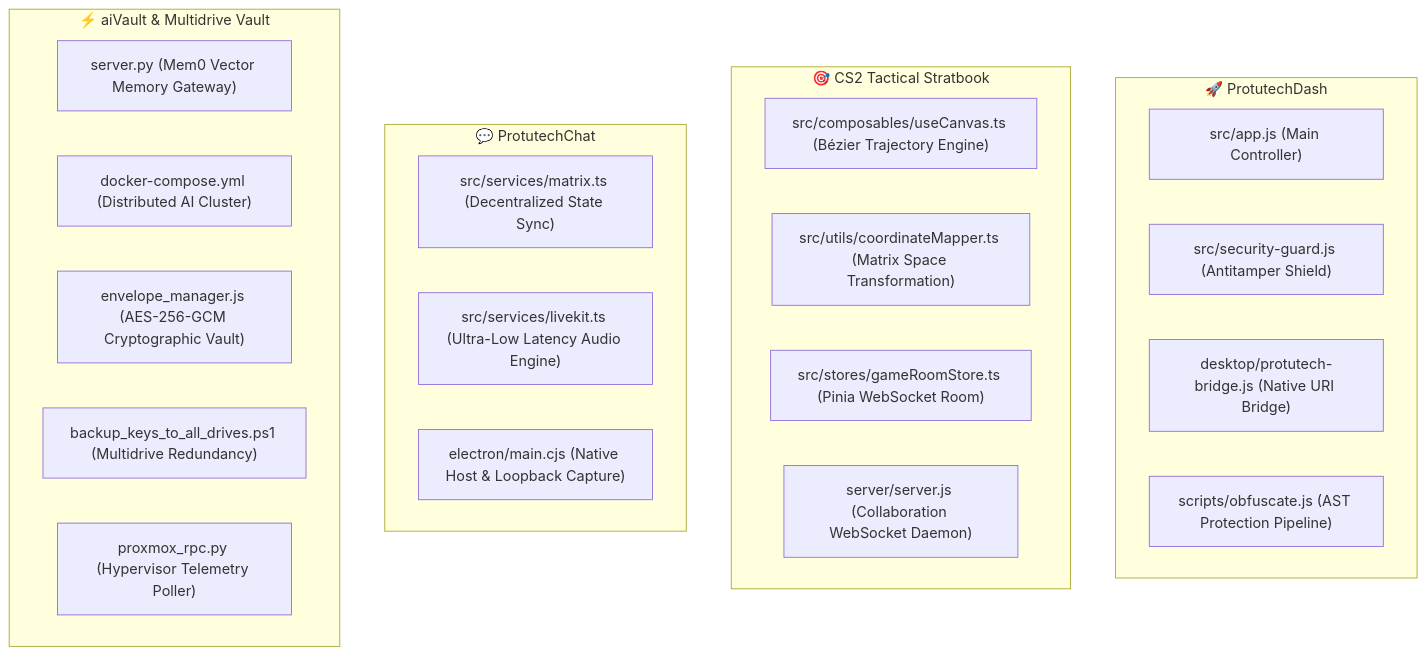
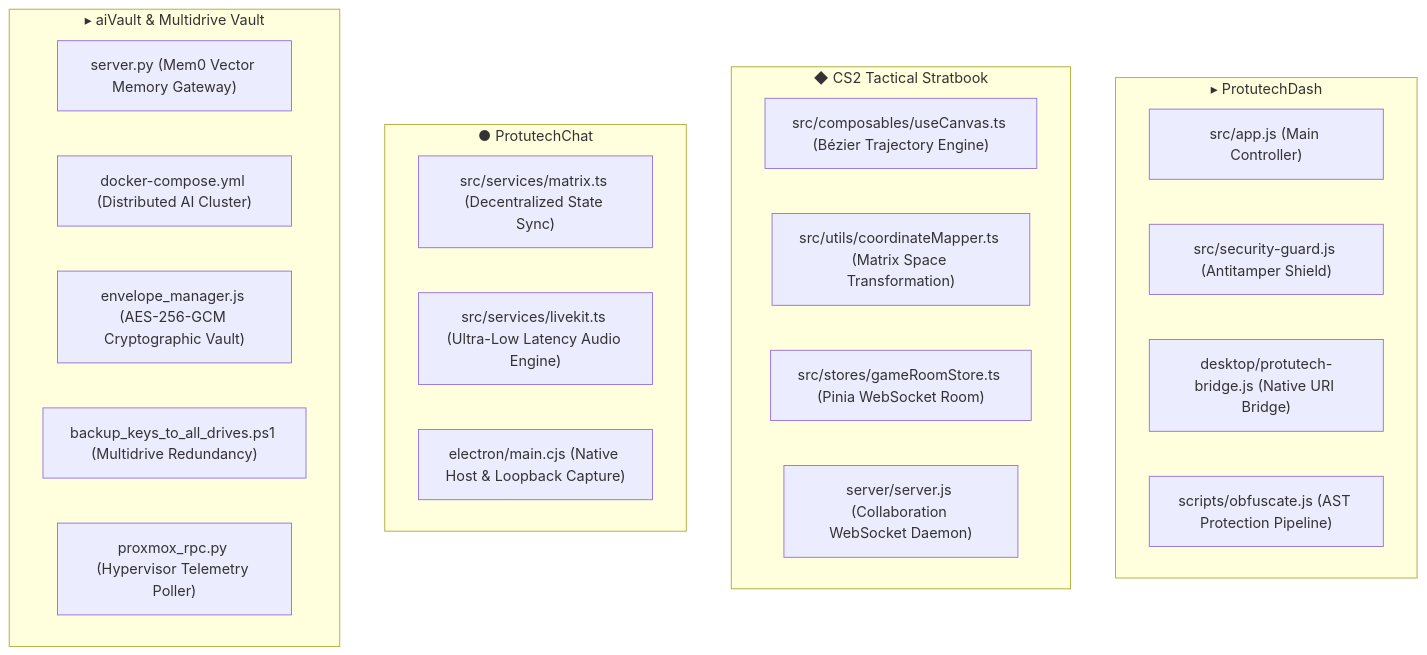
One commit to IAndrexI/documentation changed the diagram in docs/code/index.md. Above: the diagram before and after it, drawn with Mermaid. The commit also changed other lines of this file and 40 other files, not shown here.

Commit message:
feat: hide git stars/branches, collapse subcategories until tab selected, add high-res architecture SVG, auto-update script, basic monochrome glyphs, and line-by-line recreation blueprints with summaries

````diff
--- a/docs/code/index.md
+++ b/docs/code/index.md
@@ -7,30 +7,30 @@
 ```mermaid
 graph TD
-    subgraph SuiteLauncher["🚀 ProtutechDash"]
+    subgraph SuiteLauncher["▸ ProtutechDash"]
         D1["src/app.js (Main Controller)"]
         D2["src/security-guard.js (Antitamper Shield)"]
         D3["desktop/protutech-bridge.js (Native URI Bridge)"]
         D4["scripts/obfuscate.js (AST Protection Pipeline)"]
     end
 
-    subgraph TacticalRadar["🎯 CS2 Tactical Stratbook"]
+    subgraph TacticalRadar["◆ CS2 Tactical Stratbook"]
         C1["src/composables/useCanvas.ts (Bézier Trajectory Engine)"]
         C2["src/utils/coordinateMapper.ts (Matrix Space Transformation)"]
         C3["src/stores/gameRoomStore.ts (Pinia WebSocket Room)"]
         C4["server/server.js (Collaboration WebSocket Daemon)"]
     end
 
-    subgraph SecureChat["💬 ProtutechChat"]
+    subgraph SecureChat["● ProtutechChat"]
         M1["src/services/matrix.ts (Decentralized State Sync)"]
         M2["src/services/livekit.ts (Ultra-Low Latency Audio Engine)"]
         M3["electron/main.cjs (Native Host & Loopback Capture)"]
     end
 
-    subgraph AIAndSecurity["⚡ aiVault & Multidrive Vault"]
+    subgraph AIAndSecurity["▸ aiVault & Multidrive Vault"]
         A1["server.py (Mem0 Vector Memory Gateway)"]
         A2["docker-compose.yml (Distributed AI Cluster)"]
         S1["envelope_manager.js (AES-256-GCM Cryptographic Vault)"]
         S2["backup_keys_to_all_drives.ps1 (Multidrive Redundancy)"]
         P1["proxmox_rpc.py (Hypervisor Telemetry Poller)"]
     end
 ```
````
